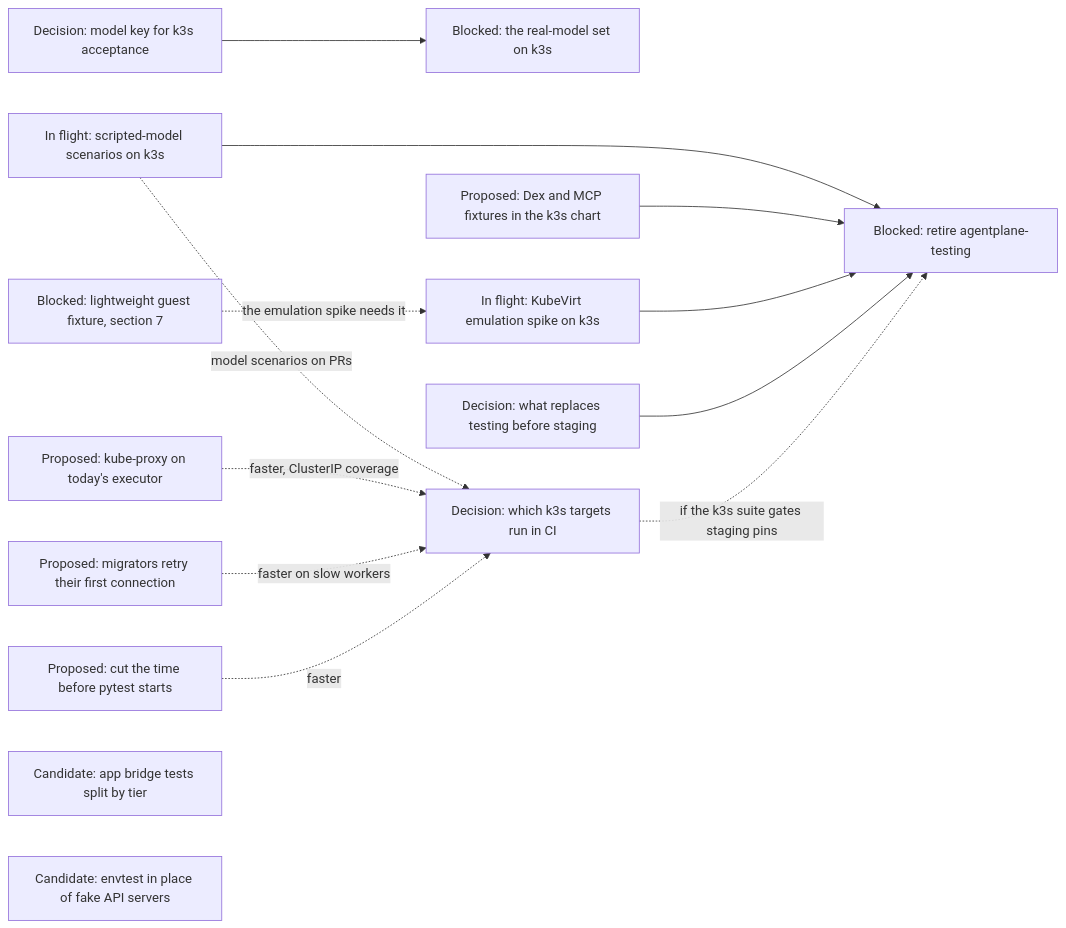
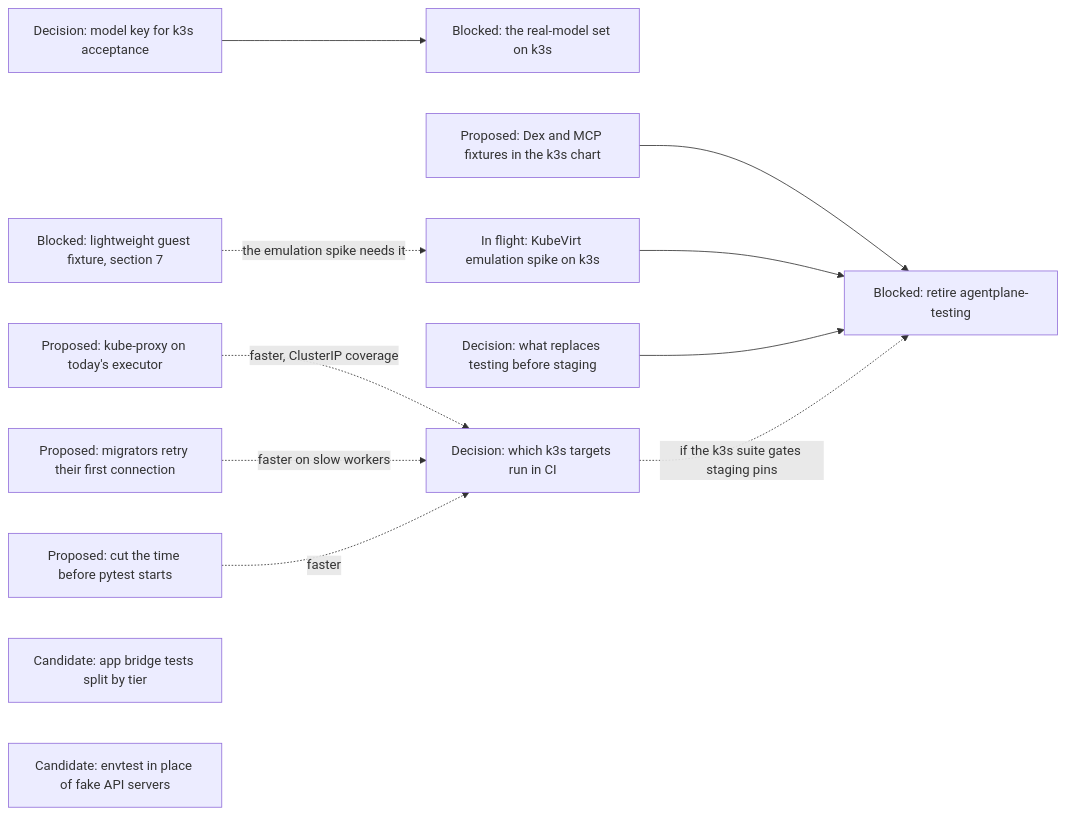
One commit to agentydragon-agent/ducktape changed diagram 17 of 17 in agentplane/plans/task_dag.md. Above: the diagram before and after it, drawn with Mermaid. The commit also changed other lines of this file and 7 other files, not shown here.

First line of the commit message:
agentplane(acceptance): scripted egress cases on k3s (#11354)

````diff
--- a/agentplane/plans/task_dag.md
+++ b/agentplane/plans/task_dag.md
@@ -2021,28 +2021,25 @@
 ```mermaid
 flowchart LR
     K3S_MODEL_CREDENTIALS[Decision: model key for k3s acceptance]
     K3S_MODEL_SCENARIOS[Blocked: the real-model set on k3s]
-    ACCEPTANCE_SCRIPTED_MODEL[In flight: scripted-model scenarios on k3s]
     K3S_FIXTURE_IDENTITY[Proposed: Dex and MCP fixtures in the k3s chart]
     K3S_VM_ACCEPTANCE[In flight: KubeVirt emulation spike on k3s]
     K3S_VM_IMAGE[Blocked: lightweight guest fixture, section 7]
     TESTING_ROLLOUT_ROLE[Decision: what replaces testing before staging]
     TESTING_ENVIRONMENT_RETIRE[Blocked: retire agentplane-testing]
     K3S_KUBE_PROXY_RETEST[Proposed: kube-proxy on today's executor]
     K3S_MIGRATOR_CONNECT_RETRY[Proposed: migrators retry their first connection]
     K3S_TEST_STARTUP[Proposed: cut the time before pytest starts]
     K3S_CI_TIER[Decision: which k3s targets run in CI]
     APP_BRIDGE_TEST_SPLIT[Candidate: app bridge tests split by tier]
     FAKE_APISERVERS_TO_ENVTEST[Candidate: envtest in place of fake API servers]
     K3S_MODEL_CREDENTIALS --> K3S_MODEL_SCENARIOS
-    ACCEPTANCE_SCRIPTED_MODEL --> TESTING_ENVIRONMENT_RETIRE
     K3S_VM_IMAGE -. the emulation spike needs it .-> K3S_VM_ACCEPTANCE
     K3S_FIXTURE_IDENTITY --> TESTING_ENVIRONMENT_RETIRE
     K3S_VM_ACCEPTANCE --> TESTING_ENVIRONMENT_RETIRE
     TESTING_ROLLOUT_ROLE --> TESTING_ENVIRONMENT_RETIRE
     K3S_CI_TIER -. if the k3s suite gates staging pins .-> TESTING_ENVIRONMENT_RETIRE
-    ACCEPTANCE_SCRIPTED_MODEL -. model scenarios on PRs .-> K3S_CI_TIER
     K3S_KUBE_PROXY_RETEST -. faster, ClusterIP coverage .-> K3S_CI_TIER
     K3S_MIGRATOR_CONNECT_RETRY -. faster on slow workers .-> K3S_CI_TIER
     K3S_TEST_STARTUP -. faster .-> K3S_CI_TIER
 ```
````
